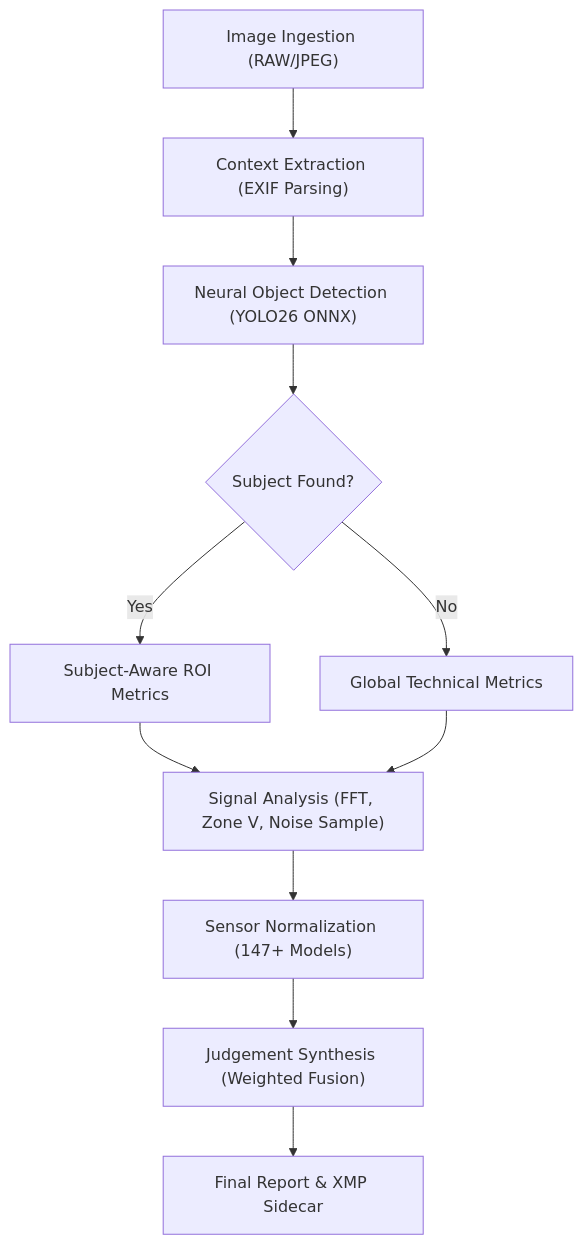
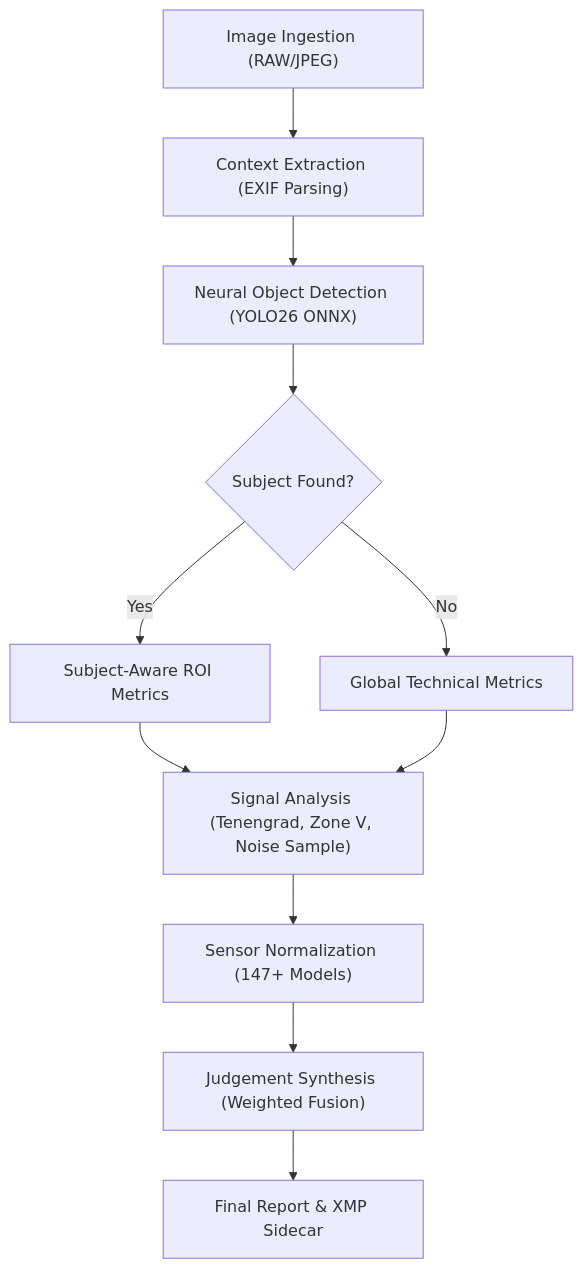
Before and after one commit to prasadabhishek/photo-quality-analyzer: the diagram in docs/SCIENCE.md, drawn with Mermaid. The commit also changed other lines of this file and 1 other file, not shown here.

````diff
--- a/docs/SCIENCE.md
+++ b/docs/SCIENCE.md
@@ -18,13 +18,13 @@
 ```mermaid
 graph TD
     A["Image Ingestion (RAW/JPEG)"] --> B["Context Extraction (EXIF Parsing)"]
     B --> C["Neural Object Detection (YOLO26 ONNX)"]
     C --> D{"Subject Found?"}
     D -- Yes --> E["Subject-Aware ROI Metrics"]
     D -- No --> F["Global Technical Metrics"]
-    E --> G["Signal Analysis (FFT, Zone V, Noise Sample)"]
+    E --> G["Signal Analysis (Tenengrad, Zone V, Noise Sample)"]
     F --> G
     G --> H["Sensor Normalization (147+ Models)"]
     H --> I["Judgement Synthesis (Weighted Fusion)"]
     I --> J["Final Report & XMP Sidecar"]
 ```
````
